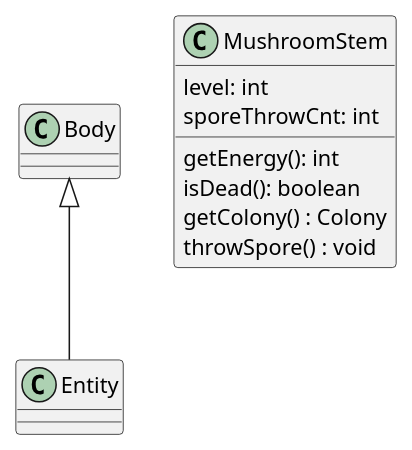
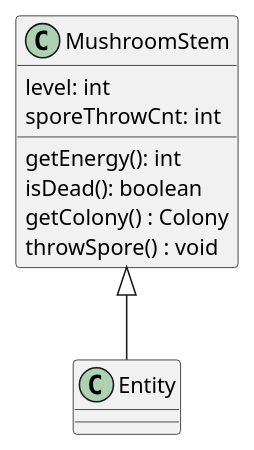
The diagram in 3/classes/mushroomStem.puml (Petya-G/fungorium), drawn with PlantUML before and after one commit. The commit also changed 1 other file, not shown here.

Commit message:
corrected diagram names

```diff
--- a/3/classes/mushroomStem.puml
+++ b/3/classes/mushroomStem.puml
@@ -1,12 +1,12 @@
-@startuml body
+@startuml mushroomStem
 
-Body <|-- Entity
+MushroomStem <|-- Entity
 class MushroomStem{
     level: int
     sporeThrowCnt: int
     getEnergy(): int
     isDead(): boolean
     getColony() : Colony
     throwSpore() : void
 }
 @enduml
```
